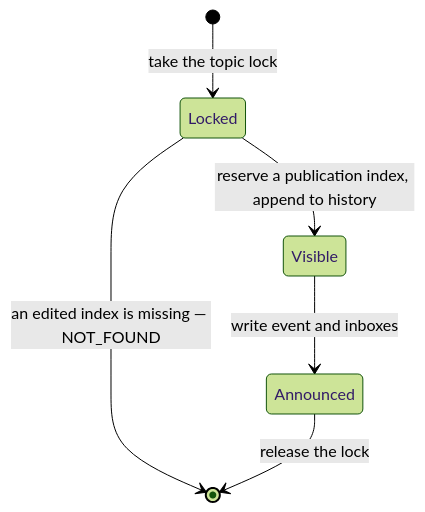
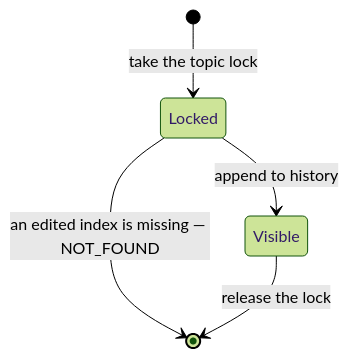
One commit to danlavee/Conductor changed the diagram in docs/design/state-model.md. Above: the diagram before and after it, drawn with Mermaid (forest theme). The commit also changed other lines of this file and 43 other files, not shown here.

````diff
--- a/docs/design/state-model.md
+++ b/docs/design/state-model.md
@@ -31,8 +31,7 @@
 ```mermaid
 stateDiagram-v2
     [*] --> Locked: take the topic lock
     Locked --> [*]: an edited index is missing — NOT_FOUND
-    Locked --> Visible: reserve a publication index, append to history
-    Visible --> Announced: write event and inboxes
-    Announced --> [*]: release the lock
+    Locked --> Visible: append to history
+    Visible --> [*]: release the lock
 ```
````
